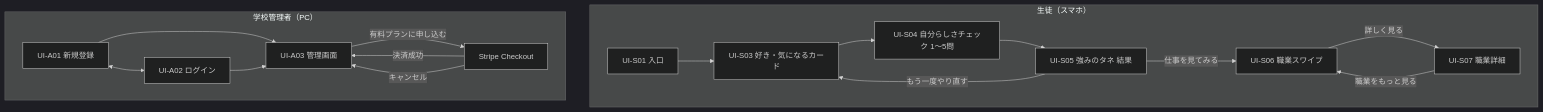
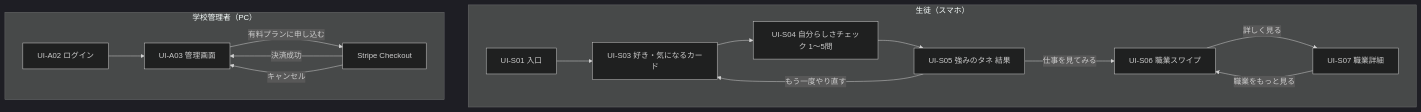
The diagram in docs/plan/画面設計.md (AkikoFujikawa/shigoto-mikke), drawn with Mermaid (dark theme) before and after one commit. The commit also changed other lines of this file and 5 other files, not shown here.

````diff
--- a/docs/plan/画面設計.md
+++ b/docs/plan/画面設計.md
@@ -77,20 +77,18 @@
 ```mermaid
 flowchart TD
   subgraph 生徒[生徒（スマホ）]
     S01[UI-S01 入口] --> S03[UI-S03 好き・気になるカード]
     S03 --> S04[UI-S04 自分らしさチェック 1〜5問]
     S04 --> S05[UI-S05 強みのタネ 結果]
     S05 -->|もう一度やり直す| S03
     S05 -->|仕事を見てみる| S06[UI-S06 職業スワイプ]
     S06 -->|詳しく見る| S07[UI-S07 職業詳細]
     S07 -->|職業をもっと見る| S06
   end
   subgraph 管理者[学校管理者（PC）]
-    A01[UI-A01 新規登録] <--> A02[UI-A02 ログイン]
-    A01 --> A03
-    A02 --> A03[UI-A03 管理画面]
+    A02[UI-A02 ログイン] --> A03[UI-A03 管理画面]
     A03 -->|有料プランに申し込む| STRIPE[Stripe Checkout]
     STRIPE -->|決済成功| A03
     STRIPE -->|キャンセル| A03
   end
 ```
````
